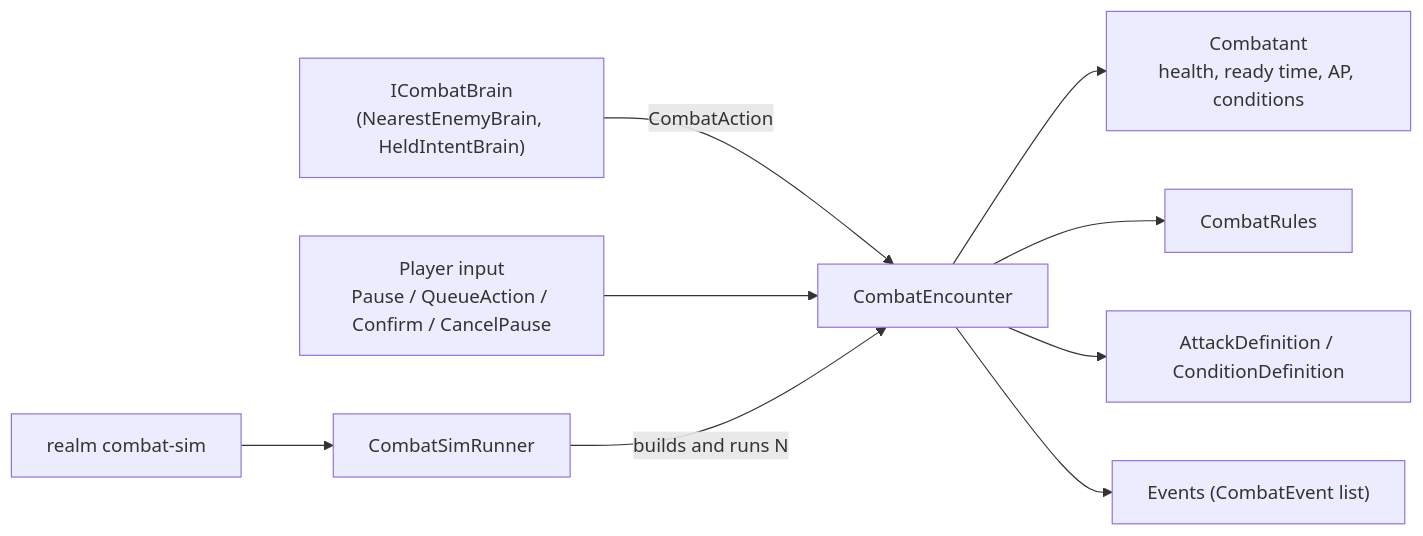
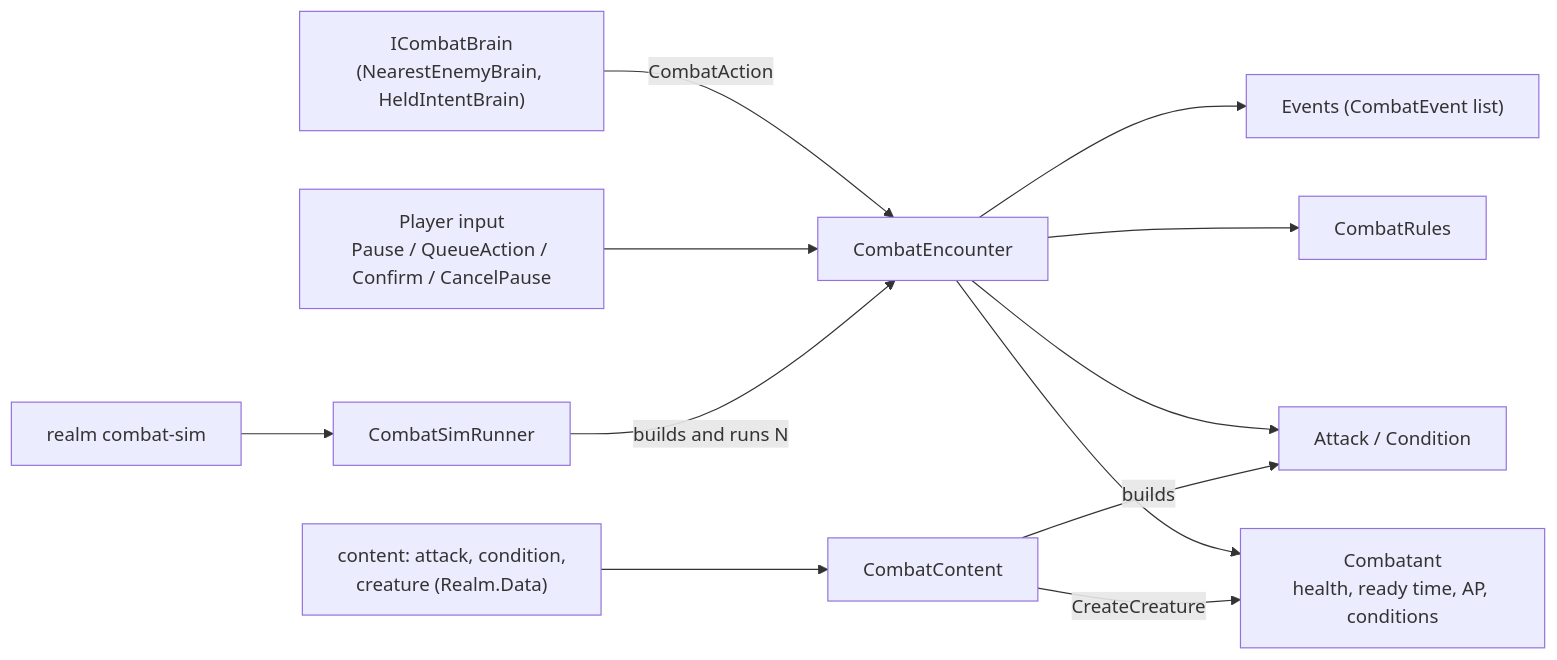
Before and after one commit to huuuda-aus/big-ass-world: the diagram in docs/systems/combat.md, drawn with Mermaid. The commit also changed other lines of this file and 61 other files, not shown here.

First line of the commit message:
feat(data-combat): attack, condition and creature content types

````diff
--- a/docs/systems/combat.md
+++ b/docs/systems/combat.md
@@ -29,11 +30,14 @@
 ```mermaid
 flowchart LR
   B["ICombatBrain<br/>(NearestEnemyBrain, HeldIntentBrain)"] -->|CombatAction| E[CombatEncounter]
   P["Player input<br/>Pause / QueueAction / Confirm / CancelPause"] --> E
   E --> C["Combatant<br/>health, ready time, AP, conditions"]
   E --> R[CombatRules]
-  E --> A["AttackDefinition / ConditionDefinition"]
+  E --> A["Attack / Condition"]
+  Y["content: attack, condition,<br/>creature (Realm.Data)"] --> CC[CombatContent]
+  CC -->|builds| A
+  CC -->|CreateCreature| C
   E --> Ev["Events (CombatEvent list)"]
   Run[CombatSimRunner] -->|builds and runs N| E
   Cli["realm combat-sim"] --> Run
 ```
````
